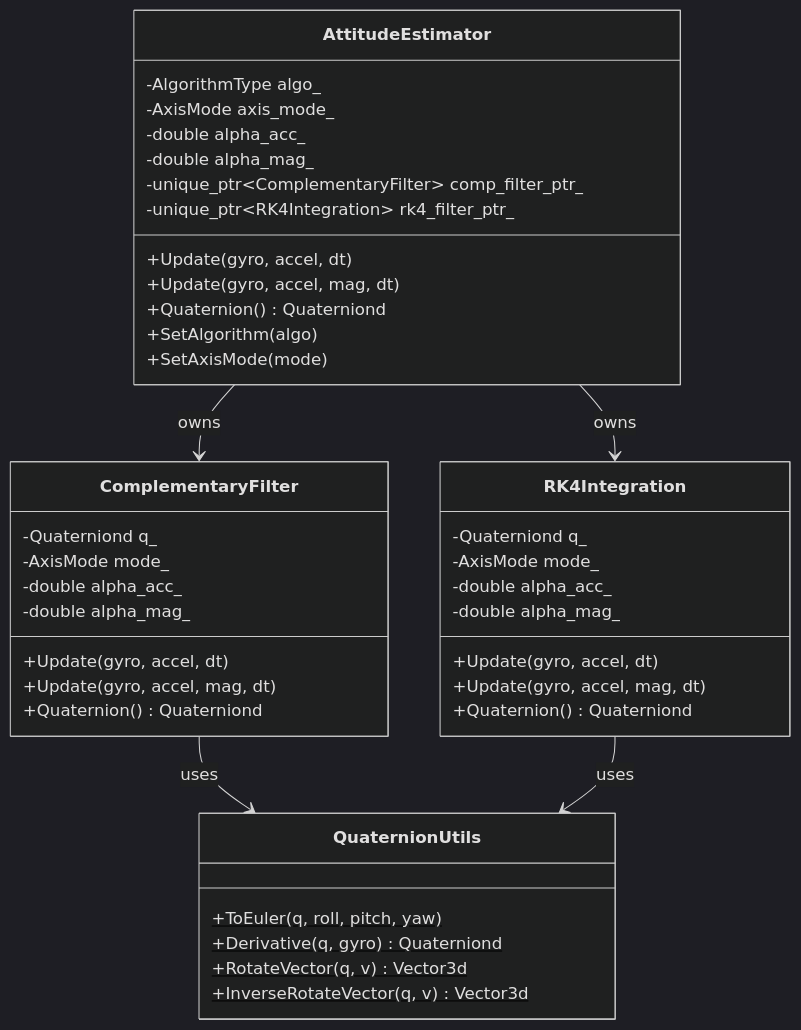
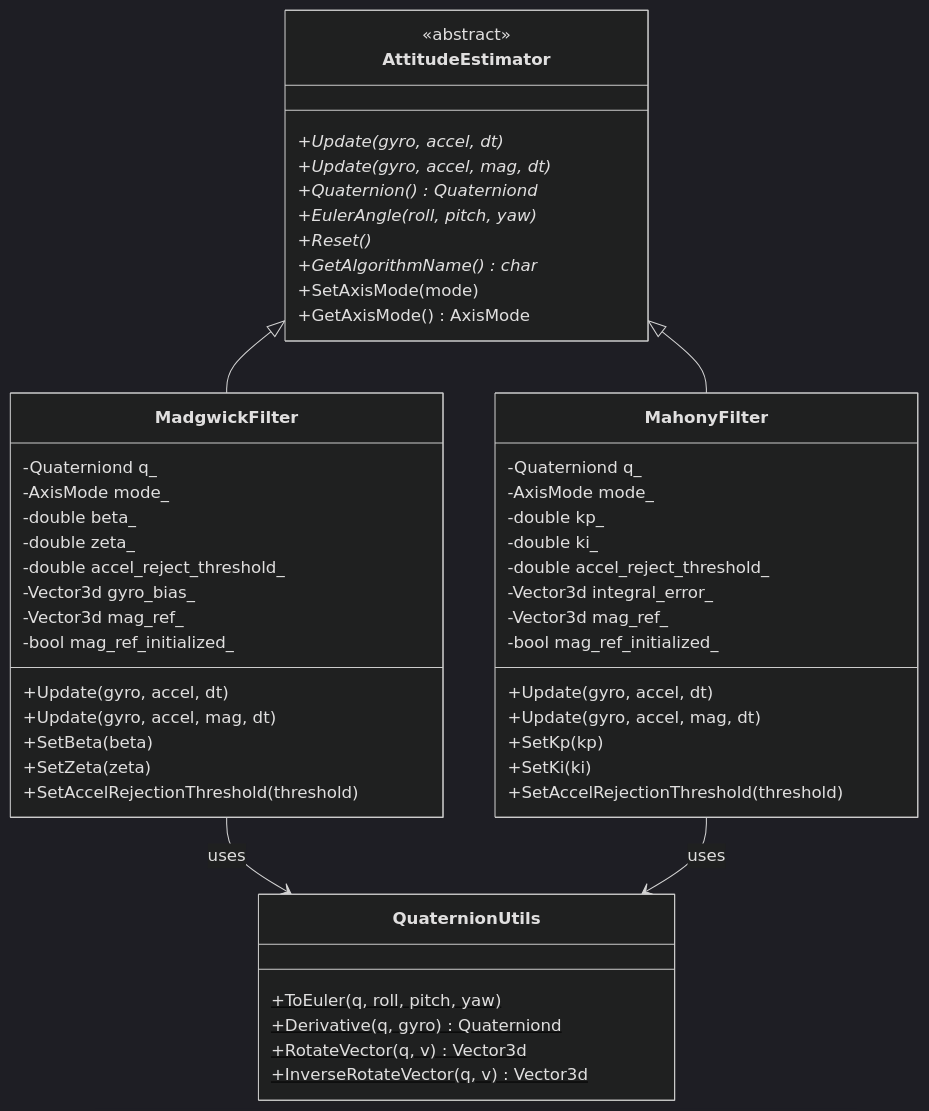
One commit to RichExplor/imu_driver_ros changed the eighth of 10 diagrams in plans/architecture_design.md. Above: the diagram before and after it, drawn with Mermaid (dark theme). The commit also changed other lines of this file, not shown here.

````diff
--- a/plans/architecture_design.md
+++ b/plans/architecture_design.md
@@ -426,48 +449,58 @@
 ```mermaid
 classDiagram
     class AttitudeEstimator {
-        -AlgorithmType algo_
-        -AxisMode axis_mode_
-        -double alpha_acc_
-        -double alpha_mag_
-        -unique_ptr~ComplementaryFilter~ comp_filter_ptr_
-        -unique_ptr~RK4Integration~ rk4_filter_ptr_
+        <<abstract>>
+        +Update(gyro, accel, dt)*
+        +Update(gyro, accel, mag, dt)*
+        +Quaternion() Quaterniond*
+        +EulerAngle(roll, pitch, yaw)*
+        +Reset()*
+        +GetAlgorithmName() char*
+        +SetAxisMode(mode)
+        +GetAxisMode() AxisMode
+    }
+
+    class MadgwickFilter {
+        -Quaterniond q_
+        -AxisMode mode_
+        -double beta_
+        -double zeta_
+        -double accel_reject_threshold_
+        -Vector3d gyro_bias_
+        -Vector3d mag_ref_
+        -bool mag_ref_initialized_
         +Update(gyro, accel, dt)
         +Update(gyro, accel, mag, dt)
-        +Quaternion() Quaterniond
-        +SetAlgorithm(algo)
-        +SetAxisMode(mode)
+        +SetBeta(beta)
+        +SetZeta(zeta)
+        +SetAccelRejectionThreshold(threshold)
     }
 
-    class ComplementaryFilter {
+    class MahonyFilter {
         -Quaterniond q_
         -AxisMode mode_
-        -double alpha_acc_
-        -double alpha_mag_
+        -double kp_
+        -double ki_
+        -double accel_reject_threshold_
+        -Vector3d integral_error_
+        -Vector3d mag_ref_
+        -bool mag_ref_initialized_
         +Update(gyro, accel, dt)
         +Update(gyro, accel, mag, dt)
-        +Quaternion() Quaterniond
-    }
-
-    class RK4Integration {
-        -Quaterniond q_
-        -AxisMode mode_
-        -double alpha_acc_
-        -double alpha_mag_
-        +Update(gyro, accel, dt)
-        +Update(gyro, accel, mag, dt)
-        +Quaternion() Quaterniond
+        +SetKp(kp)
+        +SetKi(ki)
+        +SetAccelRejectionThreshold(threshold)
     }
 
     class QuaternionUtils {
         +ToEuler(q, roll, pitch, yaw)$
         +Derivative(q, gyro)$ Quaterniond
         +RotateVector(q, v)$ Vector3d
         +InverseRotateVector(q, v)$ Vector3d
     }
 
-    AttitudeEstimator --> ComplementaryFilter : owns
-    AttitudeEstimator --> RK4Integration : owns
-    ComplementaryFilter --> QuaternionUtils : uses
-    RK4Integration --> QuaternionUtils : uses
+    AttitudeEstimator <|-- MadgwickFilter
+    AttitudeEstimator <|-- MahonyFilter
+    MadgwickFilter --> QuaternionUtils : uses
+    MahonyFilter --> QuaternionUtils : uses
 ```
````
